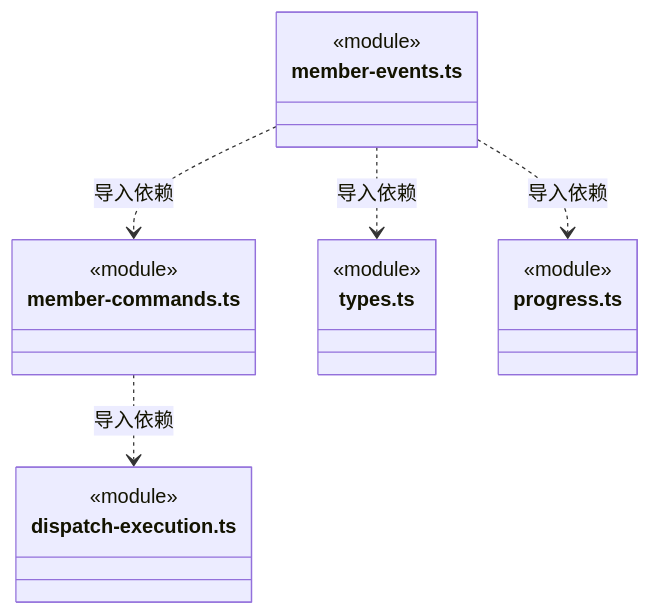
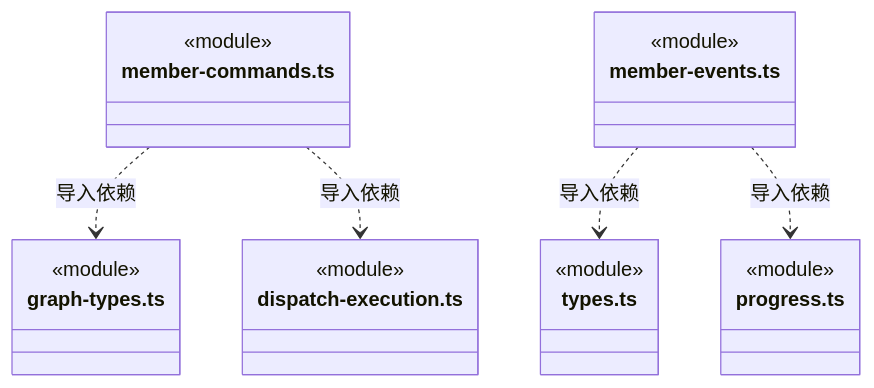
Diagram 39 of 43 in src/backend/core/tasks/ARCHITECTURE.md (nan023062/cbim), drawn with Mermaid before and after one commit. The commit also changed other lines of this file and 47 other files, not shown here.

````diff
--- a/src/backend/core/tasks/ARCHITECTURE.md
+++ b/src/backend/core/tasks/ARCHITECTURE.md
@@ -908,22 +1002,25 @@
 ```mermaid
 classDiagram
 class N_src_backend_core_tasks_member_commands_ts["member-commands.ts"] {
+  <<module>>
+}
+class N_src_backend_core_tasks_graph_types_ts["graph-types.ts"] {
   <<module>>
 }
 class N_src_backend_core_tasks_dispatch_execution_ts["dispatch-execution.ts"] {
   <<module>>
 }
 class N_src_backend_core_tasks_member_events_ts["member-events.ts"] {
   <<module>>
 }
 class N_src_backend_core_tasks_types_ts["types.ts"] {
   <<module>>
 }
 class N_src_backend_core_tasks_progress_ts["progress.ts"] {
   <<module>>
 }
+N_src_backend_core_tasks_member_commands_ts ..> N_src_backend_core_tasks_graph_types_ts : 导入依赖
 N_src_backend_core_tasks_member_commands_ts ..> N_src_backend_core_tasks_dispatch_execution_ts : 导入依赖
 N_src_backend_core_tasks_member_events_ts ..> N_src_backend_core_tasks_types_ts : 导入依赖
 N_src_backend_core_tasks_member_events_ts ..> N_src_backend_core_tasks_progress_ts : 导入依赖
-N_src_backend_core_tasks_member_events_ts ..> N_src_backend_core_tasks_member_commands_ts : 导入依赖
 ```
````
